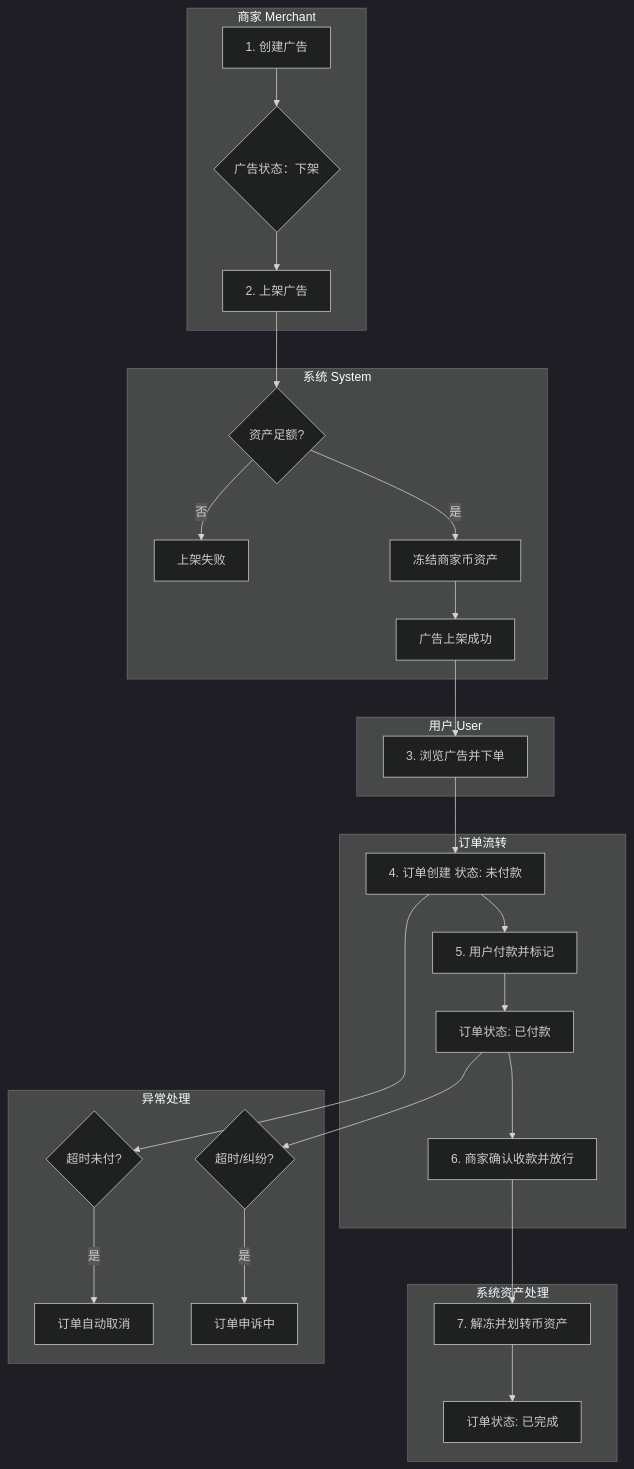
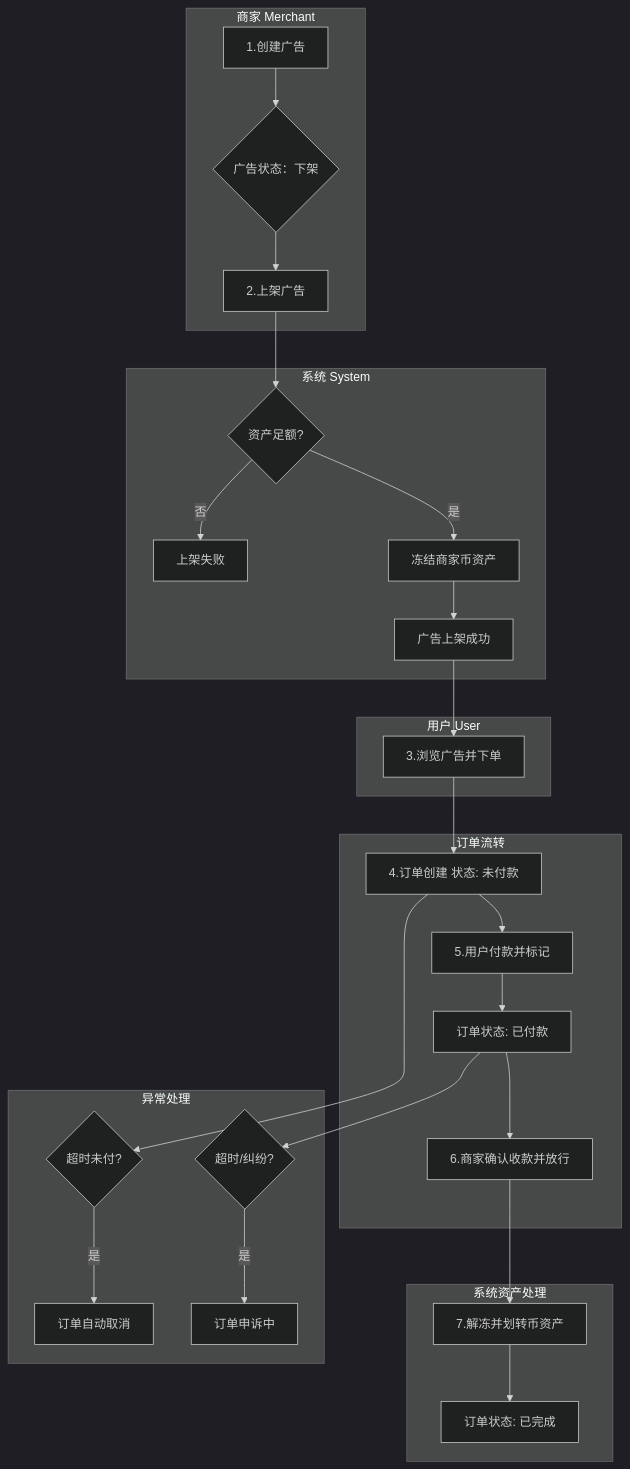
Before and after one commit to kick-pixel/btc_eth_bizzan_contract_Exchange_ztuo_jiaoyisuo: the first of 3 diagrams in doc/21.核心流程串讲 (三) - OTC.md, drawn with Mermaid (dark theme). The commit also changed other lines of this file and 12 other files, not shown here.

````diff
--- a/doc/21.核心流程串讲 (三) - OTC.md
+++ b/doc/21.核心流程串讲 (三) - OTC.md
@@ -40,37 +40,37 @@
 ```mermaid
 graph TD
     subgraph 商家 Merchant
-        A[1. 创建广告] --> B{广告状态：下架};
-        B --> C[2. 上架广告];
+        A[1.创建广告] --> B{广告状态：下架};
+        B --> C[2.上架广告];
     end
 
     subgraph 系统 System
         C --> D{资产足额?};
         D -- 是 --> E[冻结商家币资产];
         D -- 否 --> F[上架失败];
         E --> G[广告上架成功];
     end
 
     subgraph 用户 User
-        G --> H[3. 浏览广告并下单];
+        G --> H[3.浏览广告并下单];
     end
 
     subgraph 订单流转
-        H --> I[4. 订单创建 状态: 未付款];
-        I --> J[5. 用户付款并标记];
+        H --> I[4.订单创建 状态: 未付款];
+        I --> J[5.用户付款并标记];
         J --> K[订单状态: 已付款];
-        K --> L[6. 商家确认收款并放行];
+        K --> L[6.商家确认收款并放行];
     end
 
     subgraph 系统资产处理
-        L --> M[7. 解冻并划转币资产];
+        L --> M[7.解冻并划转币资产];
         M --> N[订单状态: 已完成];
     end
 
     subgraph 异常处理
         K --> O{超时/纠纷?};
         O -- 是 --> P[订单申诉中];
         I --> Q{超时未付?};
         Q -- 是 --> R[订单自动取消];
     end
 ```
````
